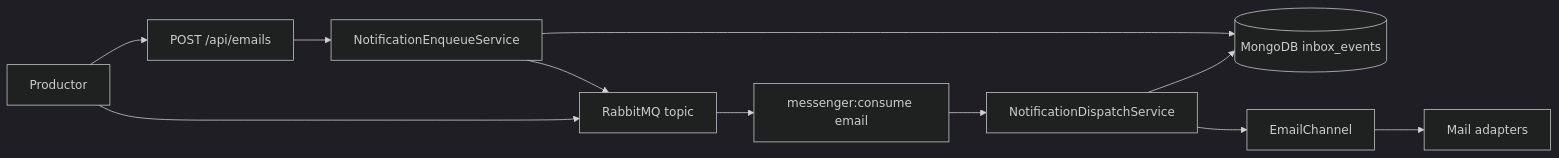
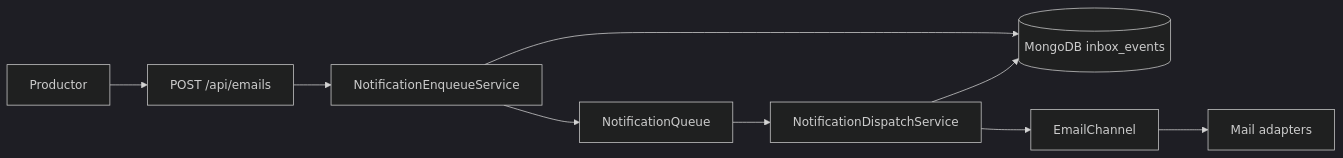
Before and after one commit to rafalejandrorh/laravel-notifications-microservice: the first of 3 diagrams in docs/architecture.md, drawn with Mermaid (dark theme). The commit also changed other lines of this file and 40 other files, not shown here.

````diff
--- a/docs/architecture.md
+++ b/docs/architecture.md
@@ -11,21 +11,19 @@
 ```mermaid
 flowchart LR
   Producer[Productor]
   Api["POST /api/emails"]
-  Rabbit[RabbitMQ topic]
-  Worker["messenger:consume email"]
   Enqueue[NotificationEnqueueService]
+  QueueIface[NotificationQueue]
   Dispatch[NotificationDispatchService]
   Inbox[(MongoDB inbox_events)]
   Channel[EmailChannel]
   Provider[Mail adapters]
 
   Producer --> Api
-  Producer --> Rabbit
   Api --> Enqueue
   Enqueue --> Inbox
-  Enqueue --> Rabbit
-  Rabbit --> Worker --> Dispatch
+  Enqueue --> QueueIface
+  QueueIface --> Dispatch
   Dispatch --> Inbox
   Dispatch --> Channel --> Provider
 ```
````
